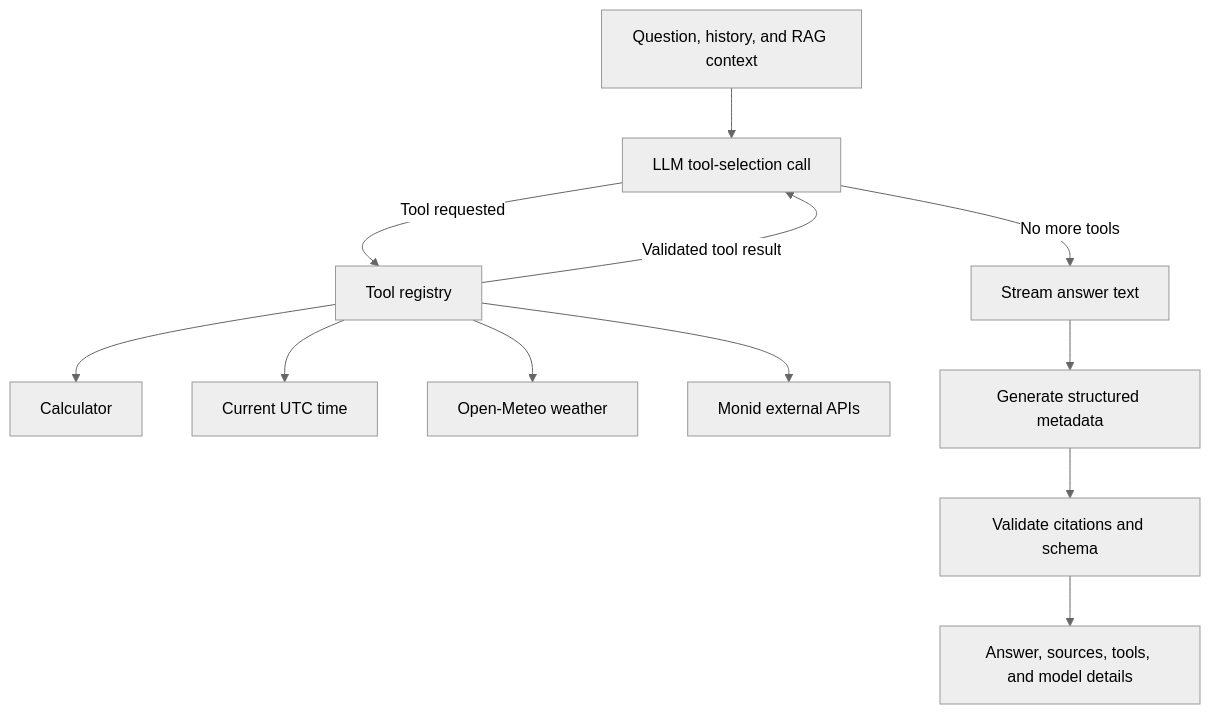
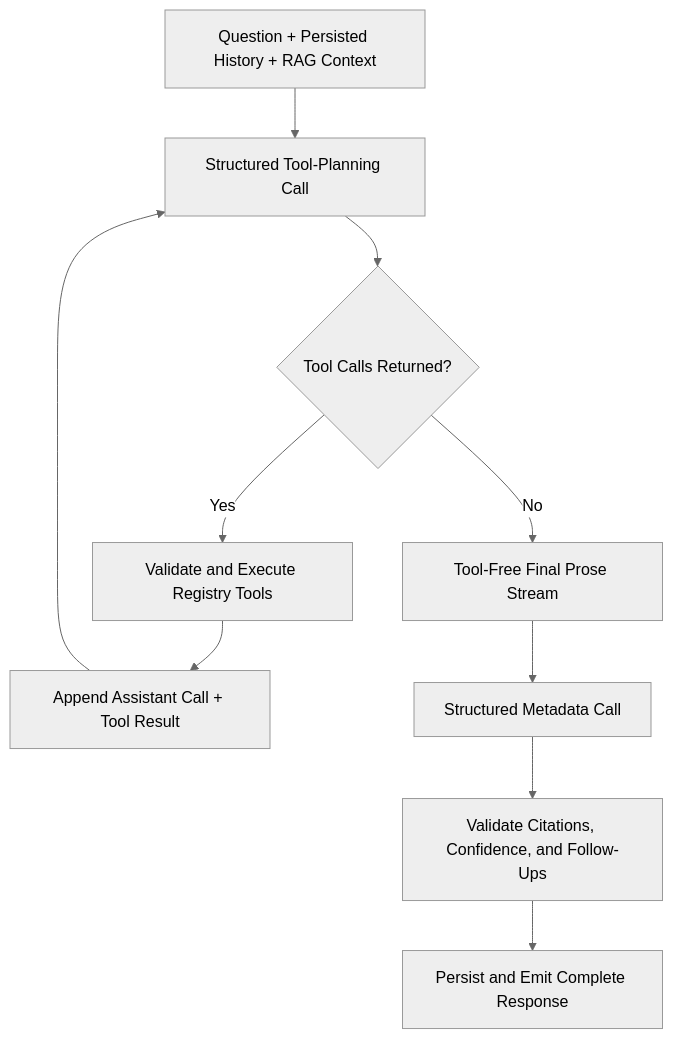
The sixth of 9 diagrams in week15-engineering-ai-systems/task1-ai-assistant-backend/docs/architecture.md (ManishJoc14/Fusemachines), drawn with Mermaid (neutral theme) before and after one commit. The commit also changed other lines of this file and 1 other file, not shown here.

````diff
--- a/week15-engineering-ai-systems/task1-ai-assistant-backend/docs/architecture.md
+++ b/week15-engineering-ai-systems/task1-ai-assistant-backend/docs/architecture.md
@@ -74,16 +180,12 @@
 ```mermaid
 flowchart TD
-    Request["Question, history, and RAG context"] --> Selection["LLM tool-selection call"]
-
-    Selection -->|"Tool requested"| Registry["Tool registry"]
-    Registry --> Calculator["Calculator"]
-    Registry --> Time["Current UTC time"]
-    Registry --> Weather["Open-Meteo weather"]
-    Registry --> Monid["Monid external APIs"]
-    Registry -->|"Validated tool result"| Selection
-
-    Selection -->|"No more tools"| Answer["Stream answer text"]
-    Answer --> Metadata["Generate structured metadata"]
-    Metadata --> Validate["Validate citations and schema"]
-    Validate --> Response["Answer, sources, tools, and model details"]
+    Input["Question + Persisted History + RAG Context"] --> Planner["Structured Tool-Planning Call"]
+    Planner --> Decision{"Tool Calls Returned?"}
+    Decision -->|"Yes"| Execute["Validate and Execute Registry Tools"]
+    Execute --> Result["Append Assistant Call + Tool Result"]
+    Result --> Planner
+    Decision -->|"No"| Stream["Tool-Free Final Prose Stream"]
+    Stream --> Metadata["Structured Metadata Call"]
+    Metadata --> Validate["Validate Citations, Confidence, and Follow-Ups"]
+    Validate --> Response["Persist and Emit Complete Response"]
 ```
````
